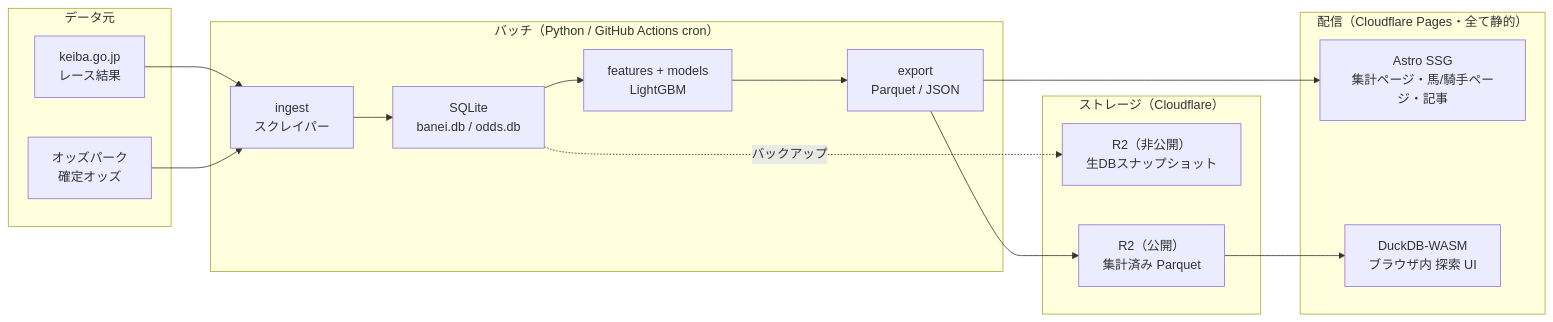
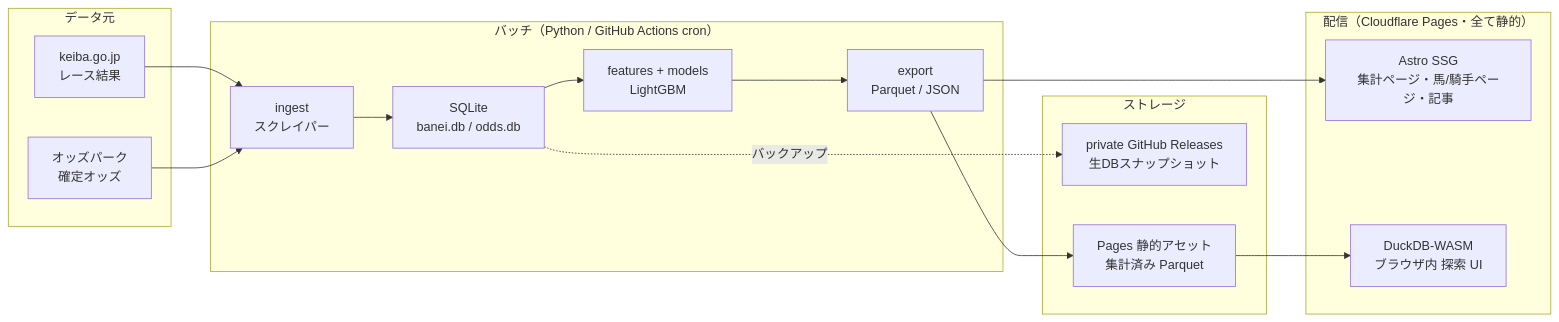
The diagram in docs/architecture.md (banei-keiba/banei-keiba), drawn with Mermaid before and after one commit. The commit also changed other lines of this file and 3 other files, not shown here.

````diff
--- a/docs/architecture.md
+++ b/docs/architecture.md
@@ -57,32 +57,32 @@
 ```mermaid
 flowchart LR
   subgraph src["データ元"]
     A1["keiba.go.jp<br/>レース結果"]
     A2["オッズパーク<br/>確定オッズ"]
   end
 
   subgraph batch["バッチ（Python / GitHub Actions cron）"]
     B1["ingest<br/>スクレイパー"]
     B2["SQLite<br/>banei.db / odds.db"]
     B3["features + models<br/>LightGBM"]
     B4["export<br/>Parquet / JSON"]
   end
 
-  subgraph store["ストレージ（Cloudflare）"]
-    C1["R2（非公開）<br/>生DBスナップショット"]
-    C2["R2（公開）<br/>集計済み Parquet"]
+  subgraph store["ストレージ"]
+    C1["private GitHub Releases<br/>生DBスナップショット"]
+    C2["Pages 静的アセット<br/>集計済み Parquet"]
   end
 
   subgraph web["配信（Cloudflare Pages・全て静的）"]
     W1["Astro SSG<br/>集計ページ・馬/騎手ページ・記事"]
     W2["DuckDB-WASM<br/>ブラウザ内 探索 UI"]
   end
 
   A1 --> B1
   A2 --> B1
   B1 --> B2 --> B3 --> B4
   B2 -.バックアップ.-> C1
   B4 --> C2
   B4 --> W1
   C2 --> W2
 ```
````
